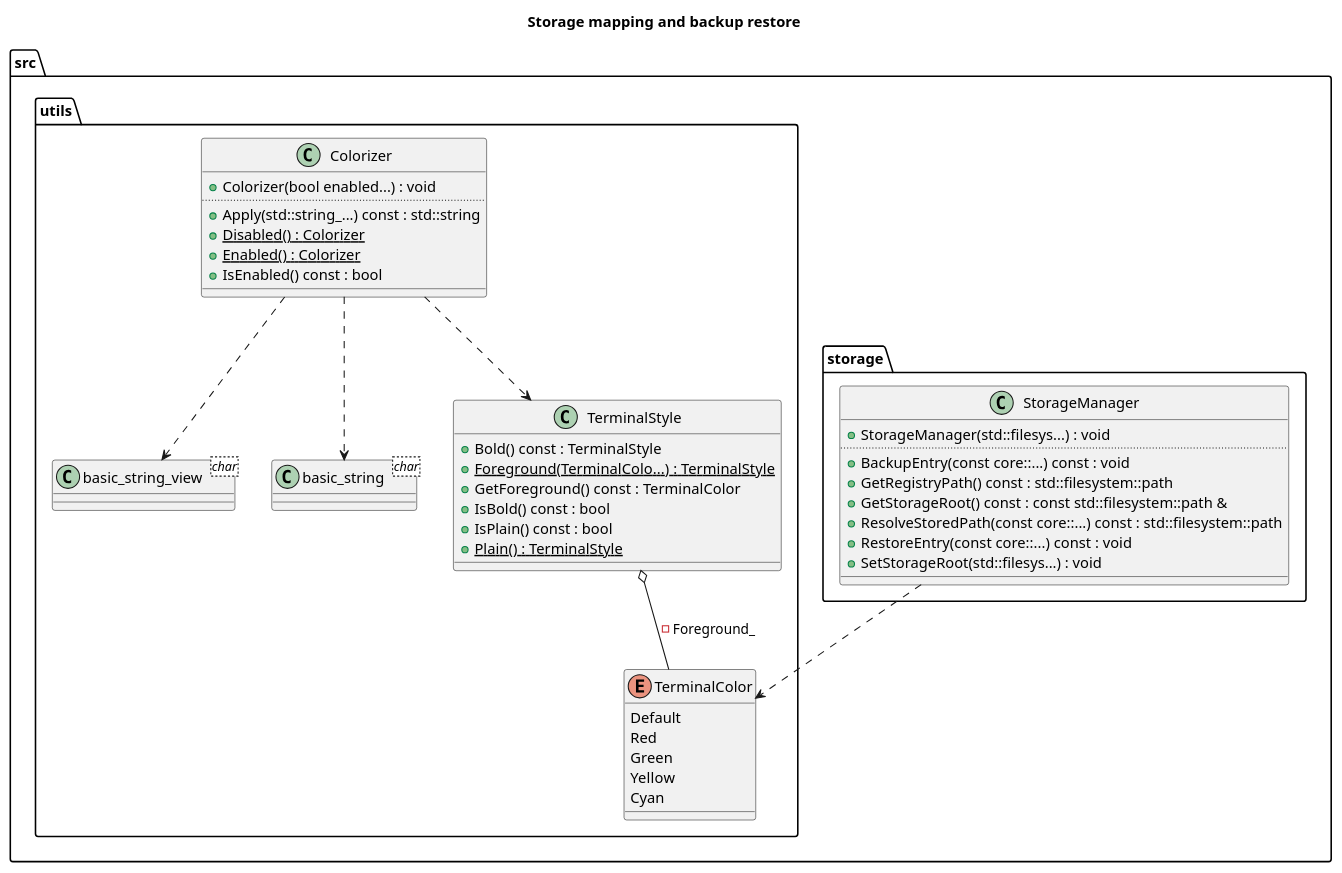
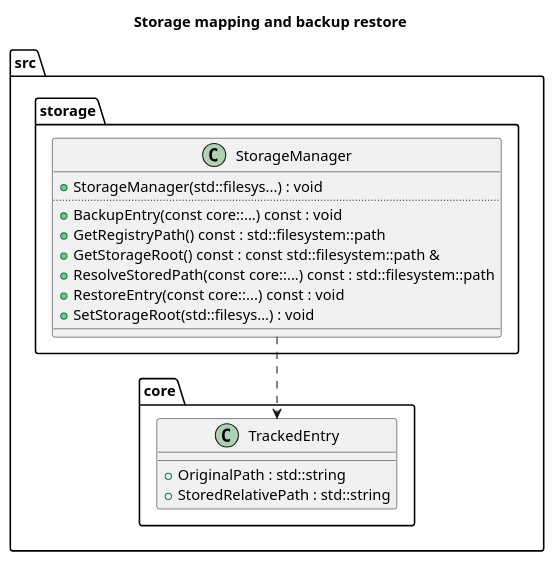
Before and after one commit to olxgdm/cfgsync: the diagram in docs/diagrams/main/storage_layer.puml, drawn with PlantUML. The commit also changed 9 other files, not shown here.

Commit message:
docs: update .clang-uml and diagrams

```diff
--- a/docs/diagrams/main/storage_layer.puml
+++ b/docs/diagrams/main/storage_layer.puml
@@ -1,65 +1,31 @@
 @startuml
 title Storage mapping and backup restore
 package [src] as C_0016921741234196091272 {
+package [core] as C_0012207904346887387097 {
+class "TrackedEntry" as C_0001560558435499023390
+class C_0001560558435499023390 {
+__
++OriginalPath : std::string
++StoredRelativePath : std::string
+}
+}
 package [storage] as C_0017999738198623292114 {
 class "StorageManager" as C_0000001151641826262801
 class C_0000001151641826262801 {
 +StorageManager(std::filesys...) : void
 ..
 +BackupEntry(const core::...) const : void
 +GetRegistryPath() const : std::filesystem::path
 +GetStorageRoot() const : const std::filesystem::path &
 +ResolveStoredPath(const core::...) const : std::filesystem::path
 +RestoreEntry(const core::...) const : void
 +SetStorageRoot(std::filesys...) : void
 __
 }
 }
-package [utils] as C_0006966483515336780210 {
-class "basic_string_view<char>" as C_0013247086971467822611
-class C_0013247086971467822611 {
-__
 }
-class "basic_string<char>" as C_0001275076681856179721
-class C_0001275076681856179721 {
-__
-}
-enum "TerminalColor" as C_0014822155060380475892
-enum C_0014822155060380475892 {
-Default
-Red
-Green
-Yellow
-Cyan
-}
-class "TerminalStyle" as C_0001227858788528835931
-class C_0001227858788528835931 {
-+Bold() const : TerminalStyle
-{static} +Foreground(TerminalColo...) : TerminalStyle
-+GetForeground() const : TerminalColor
-+IsBold() const : bool
-+IsPlain() const : bool
-{static} +Plain() : TerminalStyle
-__
-}
-class "Colorizer" as C_0016296498416031808574
-class C_0016296498416031808574 {
-+Colorizer(bool enabled...) : void
-..
-+Apply(std::string_...) const : std::string
-{static} +Disabled() : Colorizer
-{static} +Enabled() : Colorizer
-+IsEnabled() const : bool
-__
-}
-}
-}
-C_0000001151641826262801 ..> C_0014822155060380475892
-C_0001227858788528835931 o-- C_0014822155060380475892 : -Foreground_
-C_0016296498416031808574 ..> C_0013247086971467822611
-C_0016296498416031808574 ..> C_0001227858788528835931
-C_0016296498416031808574 ..> C_0001275076681856179721
+C_0000001151641826262801 ..> C_0001560558435499023390
 
 'Generated with clang-uml, version 0.6.2-30-g98728ad
 'LLVM version Ubuntu clang version 20.1.8 (0ubuntu4)
 @enduml
```
